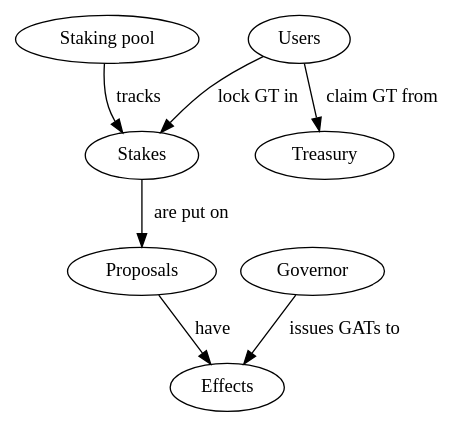
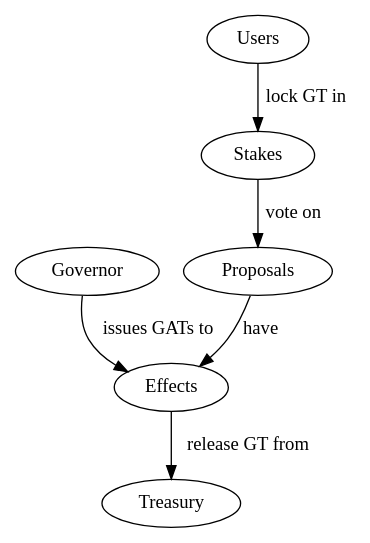
One commit to Liqwid-Labs/agora changed the diagram in docs/diagrams/gov-overview.dot. Above: the diagram before and after it, drawn with Graphviz. The commit also changed 1 other file, not shown here.

Commit message:
update overview diagram

```diff
--- a/docs/diagrams/gov-overview.dot
+++ b/docs/diagrams/gov-overview.dot
@@ -1,8 +1,7 @@
 digraph {
-  "Staking pool" -> Stakes [label="tracks"]
-  Stakes -> Proposals [label="are put on"]
+  Stakes -> Proposals [label="vote on"]
   Proposals -> Effects [label="have"]
   Governor -> Effects [label="issues GATs to"]
   Users -> Stakes [label="lock GT in"]
-  Users -> Treasury [label="claim GT from"]
+  Effects -> Treasury [label="release GT from"]
 }
```
